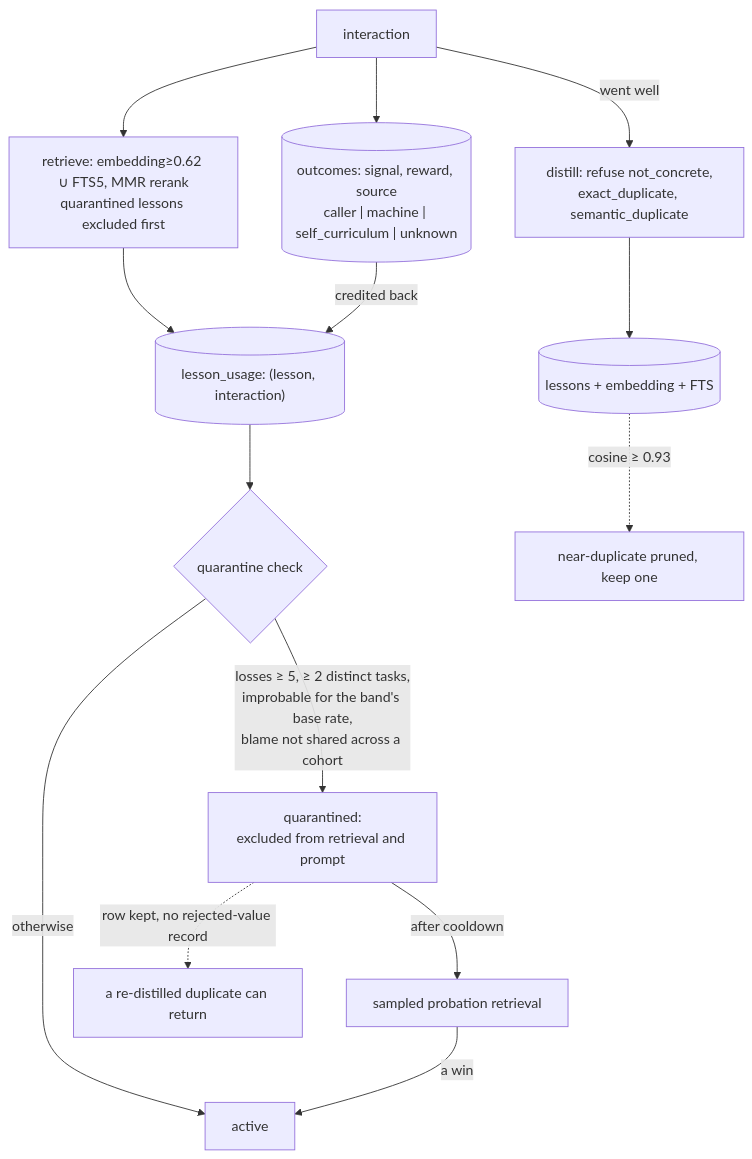
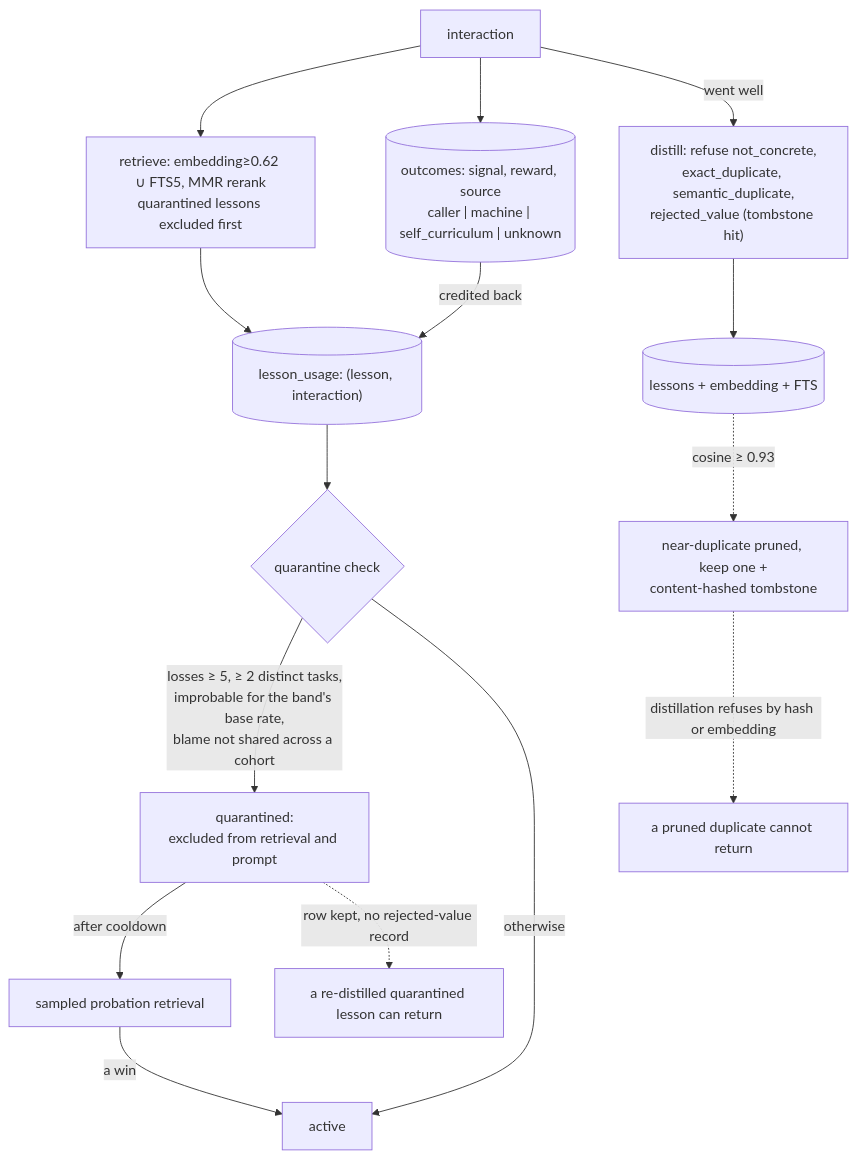
One commit to neoneye/agent-memory-atlas changed the diagram in content/systems/sonder-runtime.md. Above: the diagram before and after it, drawn with Mermaid. The commit also changed other lines of this file and 21 other files, not shown here.

````diff
--- a/content/systems/sonder-runtime.md
+++ b/content/systems/sonder-runtime.md
@@ -130,17 +136,18 @@
 ```mermaid
 %% caption: outcomes credited back to retrieved lessons drive a quarantine that checks blame attribution and base rate before it suppresses
 flowchart TB
     Task["interaction"] --> Ret["retrieve: embedding≥0.62 ∪ FTS5, MMR rerank<br/>quarantined lessons excluded first"]
     Ret --> Use[("lesson_usage: (lesson, interaction)")]
     Task --> Out[("outcomes: signal, reward, source<br/>caller | machine | self_curriculum | unknown")]
     Out -->|"credited back"| Use
     Use --> Q{"quarantine check"}
     Q -->|"losses ≥ 5, ≥ 2 distinct tasks,<br/>improbable for the band's base rate,<br/>blame not shared across a cohort"| Quar["quarantined:<br/>excluded from retrieval and prompt"]
     Q -->|"otherwise"| Active["active"]
     Quar -->|"after cooldown"| Prob["sampled probation retrieval"]
     Prob -->|"a win"| Active
-    Task -->|"went well"| Dist["distill: refuse not_concrete,<br/>exact_duplicate, semantic_duplicate"]
+    Task -->|"went well"| Dist["distill: refuse not_concrete,<br/>exact_duplicate, semantic_duplicate,<br/>rejected_value (tombstone hit)"]
     Dist --> Lesson[("lessons + embedding + FTS")]
-    Lesson -.->|"cosine ≥ 0.93"| Prune["near-duplicate pruned, keep one"]
-    Quar -.->|"row kept, no rejected-value record"| Regrow["a re-distilled duplicate can return"]
+    Lesson -.->|"cosine ≥ 0.93"| Prune["near-duplicate pruned, keep one +<br/>content-hashed tombstone"]
+    Prune -.->|"distillation refuses by hash or embedding"| Blocked["a pruned duplicate cannot return"]
+    Quar -.->|"row kept, no rejected-value record"| Regrow["a re-distilled quarantined lesson can return"]
 ```
````
